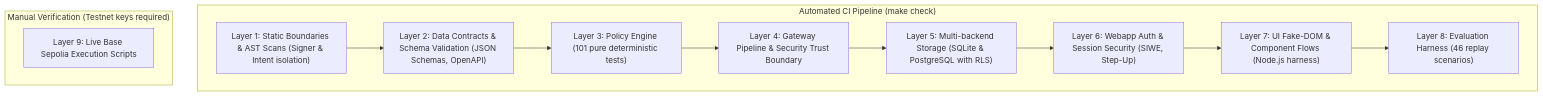
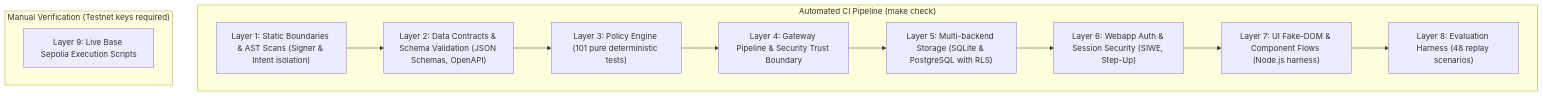
Before and after one commit to thaicuong576/agent-wallet: the diagram in docs/guides/testing.md, drawn with Mermaid. The commit also changed other lines of this file and 46 other files, not shown here.

````diff
--- a/docs/guides/testing.md
+++ b/docs/guides/testing.md
@@ -9,19 +9,19 @@
 ```mermaid
 flowchart TD
   subgraph CI ["Automated CI Pipeline (make check)"]
     L1["Layer 1: Static Boundaries & AST Scans (Signer & Intent isolation)"]
     L2["Layer 2: Data Contracts & Schema Validation (JSON Schemas, OpenAPI)"]
     L3["Layer 3: Policy Engine (101 pure deterministic tests)"]
     L4["Layer 4: Gateway Pipeline & Security Trust Boundary"]
     L5["Layer 5: Multi-backend Storage (SQLite & PostgreSQL with RLS)"]
     L6["Layer 6: Webapp Auth & Session Security (SIWE, Step-Up)"]
     L7["Layer 7: UI Fake-DOM & Component Flows (Node.js harness)"]
-    L8["Layer 8: Evaluation Harness (46 replay scenarios)"]
+    L8["Layer 8: Evaluation Harness (48 replay scenarios)"]
   end
 
   subgraph Manual ["Manual Verification (Testnet keys required)"]
     L9["Layer 9: Live Base Sepolia Execution Scripts"]
   end
 
   L1 --> L2 --> L3 --> L4 --> L5 --> L6 --> L7 --> L8
 ```
````
